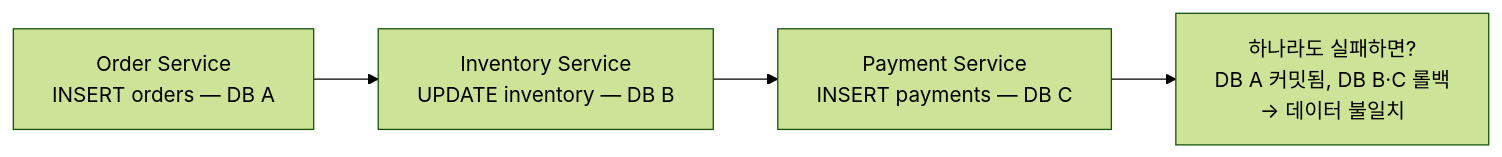
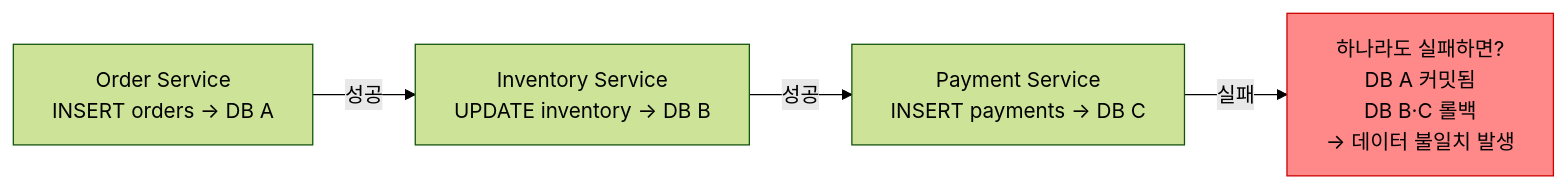
One commit to yjkim2015/yjkim2015.github.io changed the first of 8 diagrams in _posts/spring/2026-05-01-distributed-transaction.md. Above: the diagram before and after it, drawn with Mermaid (forest theme). The commit also changed other lines of this file and 34 other files, not shown here.

First line of the commit message:
Full quality pass: 41 files — ASCII removed, 동작원리 보강, diagrams

```diff
--- a/_posts/spring/2026-05-01-distributed-transaction.md
+++ b/_posts/spring/2026-05-01-distributed-transaction.md
@@ -31,8 +21,9 @@
 <div class="mermaid">
 graph LR
-    OS["Order Service\nINSERT orders — DB A"]
-    IS["Inventory Service\nUPDATE inventory — DB B"]
-    PS["Payment Service\nINSERT payments — DB C"]
-    FAIL["하나라도 실패하면?\nDB A 커밋됨, DB B·C 롤백\n→ 데이터 불일치"]
-    OS --> IS --> PS --> FAIL
+    OS["Order Service\nINSERT orders → DB A"]
+    IS["Inventory Service\nUPDATE inventory → DB B"]
+    PS["Payment Service\nINSERT payments → DB C"]
+    FAIL["하나라도 실패하면?\nDB A 커밋됨\nDB B·C 롤백\n→ 데이터 불일치 발생"]
+    OS -->|"성공"| IS -->|"성공"| PS -->|"실패"| FAIL
+    style FAIL fill:#f88,stroke:#c00,color:#000
 </div>
```
